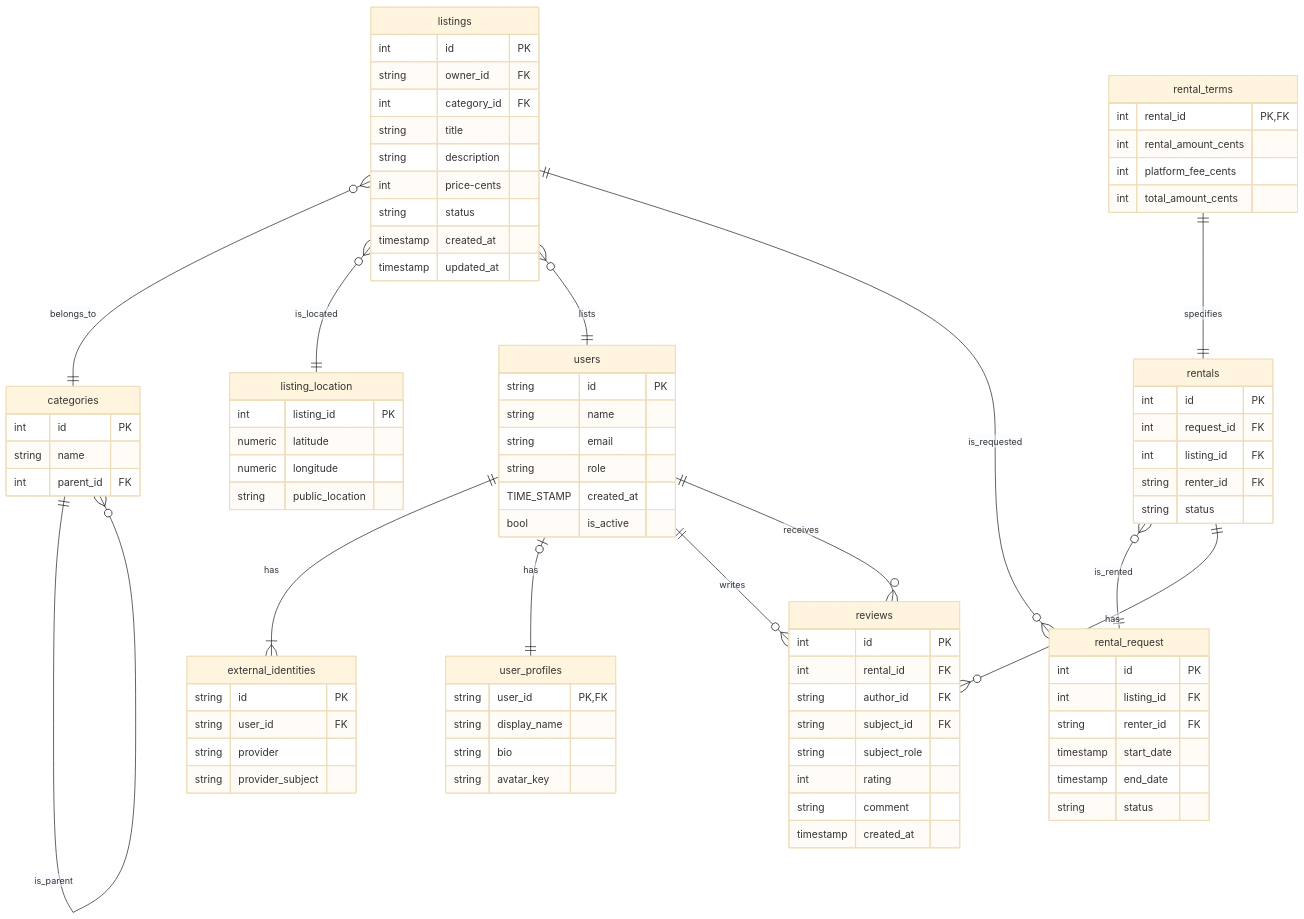
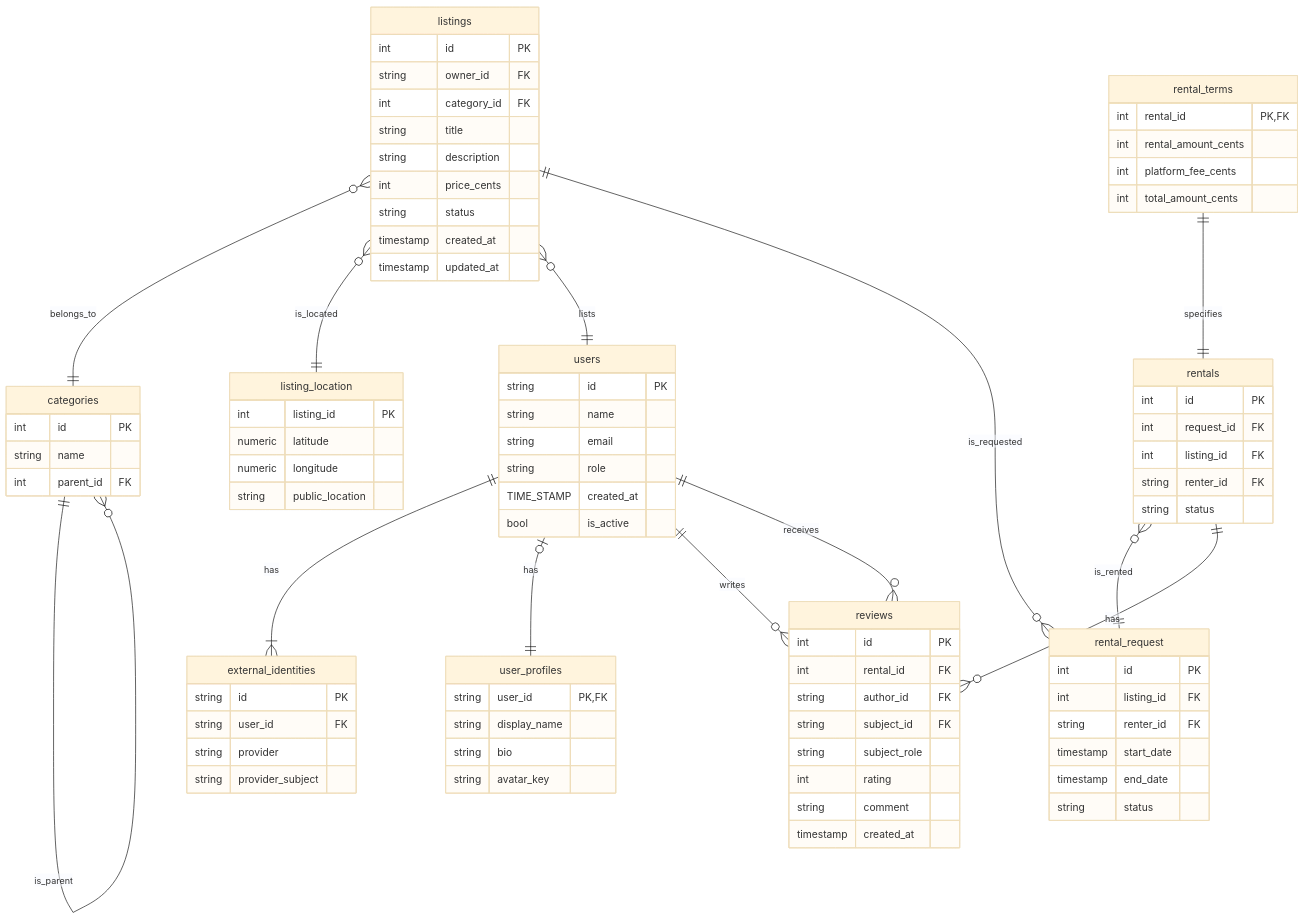
The diagram in db/diagrams/ER diagram.md (tradeit-fer/tradeit), drawn with Mermaid (base theme) before and after one commit. The commit also changed 21 other files, not shown here.

````diff
--- a/db/diagrams/ER diagram.md
+++ b/db/diagrams/ER diagram.md
@@ -2,4 +2,4 @@
-:::mermaid
+```mermaid
 erDiagram
     users || -- |{ external_identities : has
     users |o -- || user_profiles : has
@@ -44,7 +44,7 @@
         int category_id FK
         string title
         string description
-        int price-cents
+        int price_cents
         string status
         timestamp created_at
         timestamp updated_at
@@ -86,4 +86,4 @@
         string comment
         timestamp created_at
     }
-:::
+```
````
